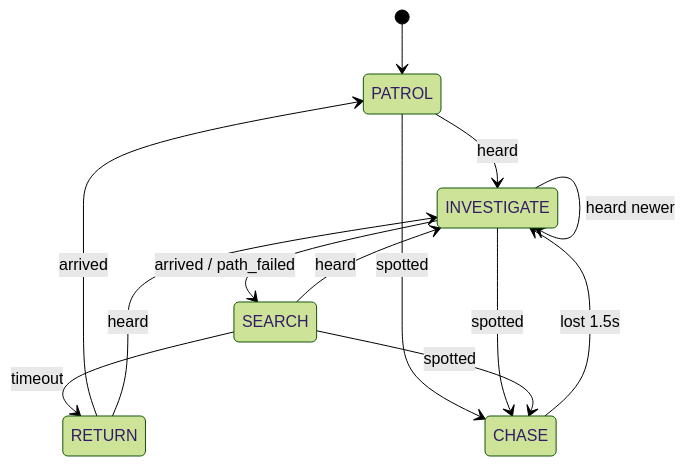
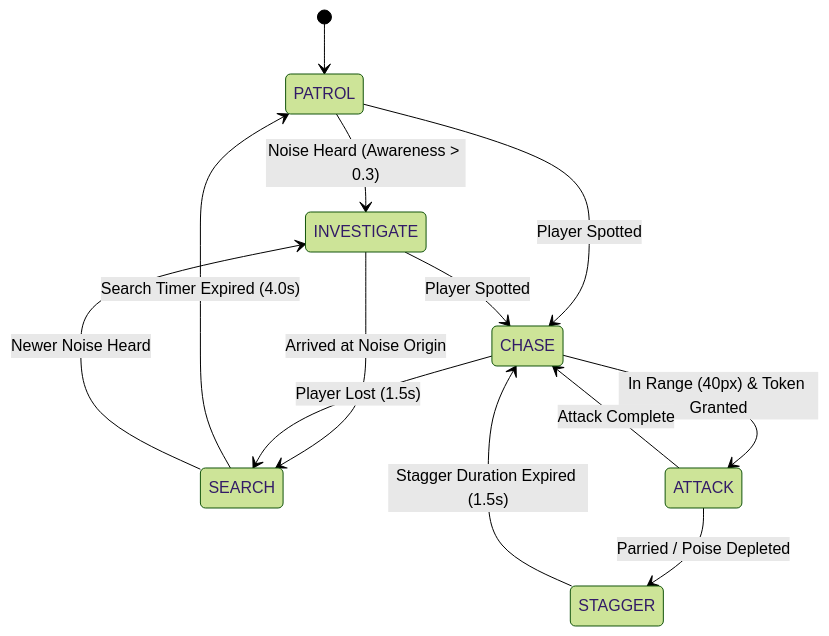
Before and after one commit to Joshuamathewj2/Signal-Lost: the diagram in docs/ENEMY_AI.md, drawn with Mermaid (forest theme). The commit also changed other lines of this file and 195 other files, not shown here.

````diff
--- a/docs/ENEMY_AI.md
+++ b/docs/ENEMY_AI.md
@@ -59,15 +40,15 @@
 ```mermaid
 stateDiagram-v2
-  [*] --> PATROL
-  PATROL --> INVESTIGATE: heard
-  INVESTIGATE --> SEARCH: arrived / path_failed
-  SEARCH --> RETURN: timeout
-  RETURN --> PATROL: arrived
-  INVESTIGATE --> INVESTIGATE: heard newer
-  SEARCH --> INVESTIGATE: heard
-  RETURN --> INVESTIGATE: heard
-  PATROL --> CHASE: spotted
-  INVESTIGATE --> CHASE: spotted
-  SEARCH --> CHASE: spotted
-  CHASE --> INVESTIGATE: lost 1.5s
+    [*] --> PATROL
+    PATROL --> INVESTIGATE: Noise Heard (Awareness > 0.3)
+    PATROL --> CHASE: Player Spotted
+    INVESTIGATE --> SEARCH: Arrived at Noise Origin
+    INVESTIGATE --> CHASE: Player Spotted
+    SEARCH --> PATROL: Search Timer Expired (4.0s)
+    SEARCH --> INVESTIGATE: Newer Noise Heard
+    CHASE --> ATTACK: In Range (40px) & Token Granted
+    CHASE --> SEARCH: Player Lost (1.5s)
+    ATTACK --> CHASE: Attack Complete
+    ATTACK --> STAGGER: Parried / Poise Depleted
+    STAGGER --> CHASE: Stagger Duration Expired (1.5s)
 ```
````
